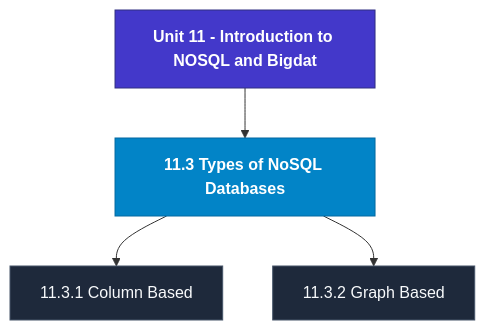
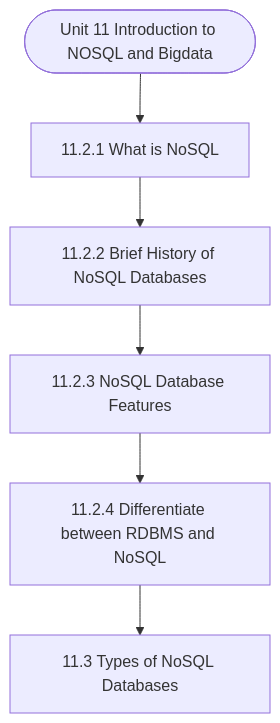
One commit to Asutosh-Coaching/mscdsa changed the diagram in notes/Semester_1/MCS-062_Introduction_to_Data_Science/unit_11_Introduction_to_NOSQL_and_Bigdata.md. Above: the diagram before and after it, drawn with Mermaid. The commit also changed other lines of this file and 115 other files, not shown here.

Commit message:
Fix Mermaid layout for mobile, isolate LaTeX delimiters, and add GitHub Pages reader

````diff
--- a/notes/Semester_1/MCS-062_Introduction_to_Data_Science/unit_11_Introduction_to_NOSQL_and_Bigdata.md
+++ b/notes/Semester_1/MCS-062_Introduction_to_Data_Science/unit_11_Introduction_to_NOSQL_and_Bigdata.md
@@ -19,15 +19,14 @@
 ```mermaid
 flowchart TD
-  %% Styling Definitions
-  classDef head fill:#4338ca,stroke:#312e81,color:#ffffff,font-weight:bold;
-  classDef topic fill:#0284c7,stroke:#0369a1,color:#ffffff,font-weight:600;
-  classDef sub fill:#1e293b,stroke:#475569,color:#f8fafc;
-
-  Root["Unit 11 - Introduction to NOSQL and Bigdat"]:::head
-  M1["11.3 Types of NoSQL Databases"]:::topic
-  Root --> M1
-  M1_1["11.3.1 Column Based"]:::sub
-  M1 --> M1_1
-  M1_2["11.3.2 Graph Based"]:::sub
-  M1 --> M1_2
+  Start(["Unit 11 Introduction to NOSQL and Bigdata"])
+  N1["11.2.1 What is NoSQL"]
+  N2["11.2.2 Brief History of NoSQL Databases"]
+  N3["11.2.3 NoSQL Database Features"]
+  N4["11.2.4 Differentiate between RDBMS and NoSQL"]
+  N5["11.3 Types of NoSQL Databases"]
+  Start --> N1
+  N1 --> N2
+  N2 --> N3
+  N3 --> N4
+  N4 --> N5
 ```
````
